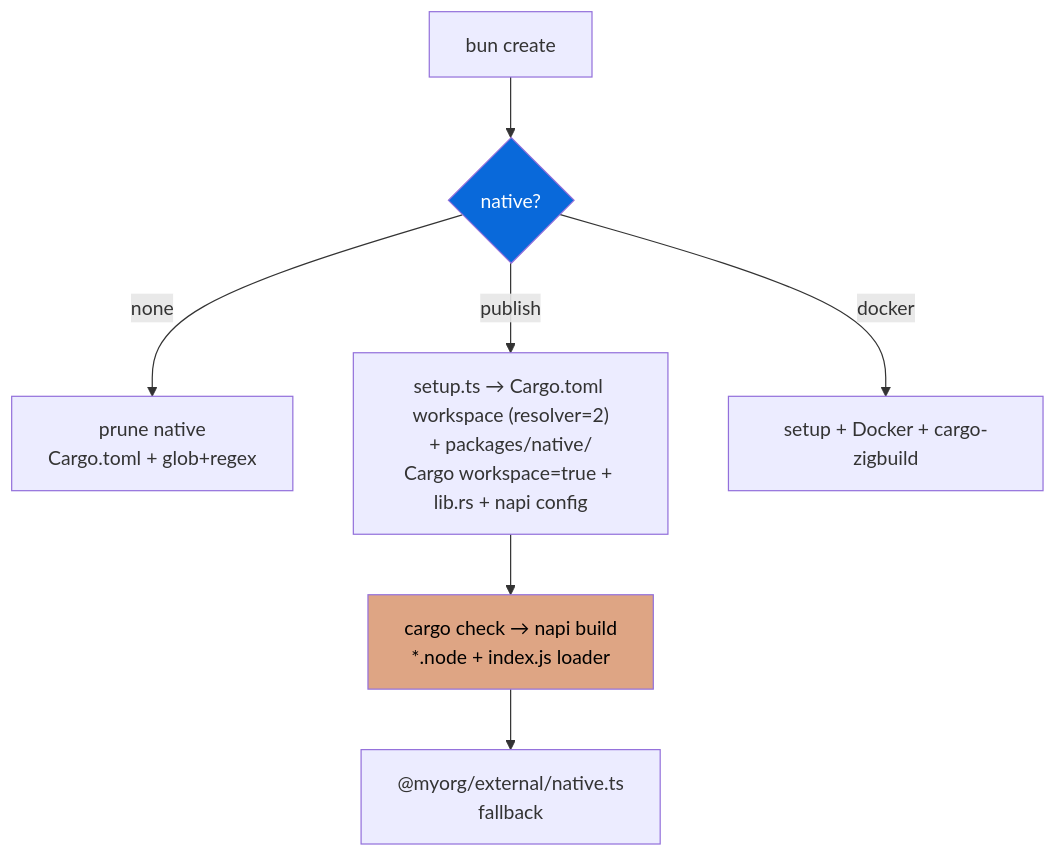
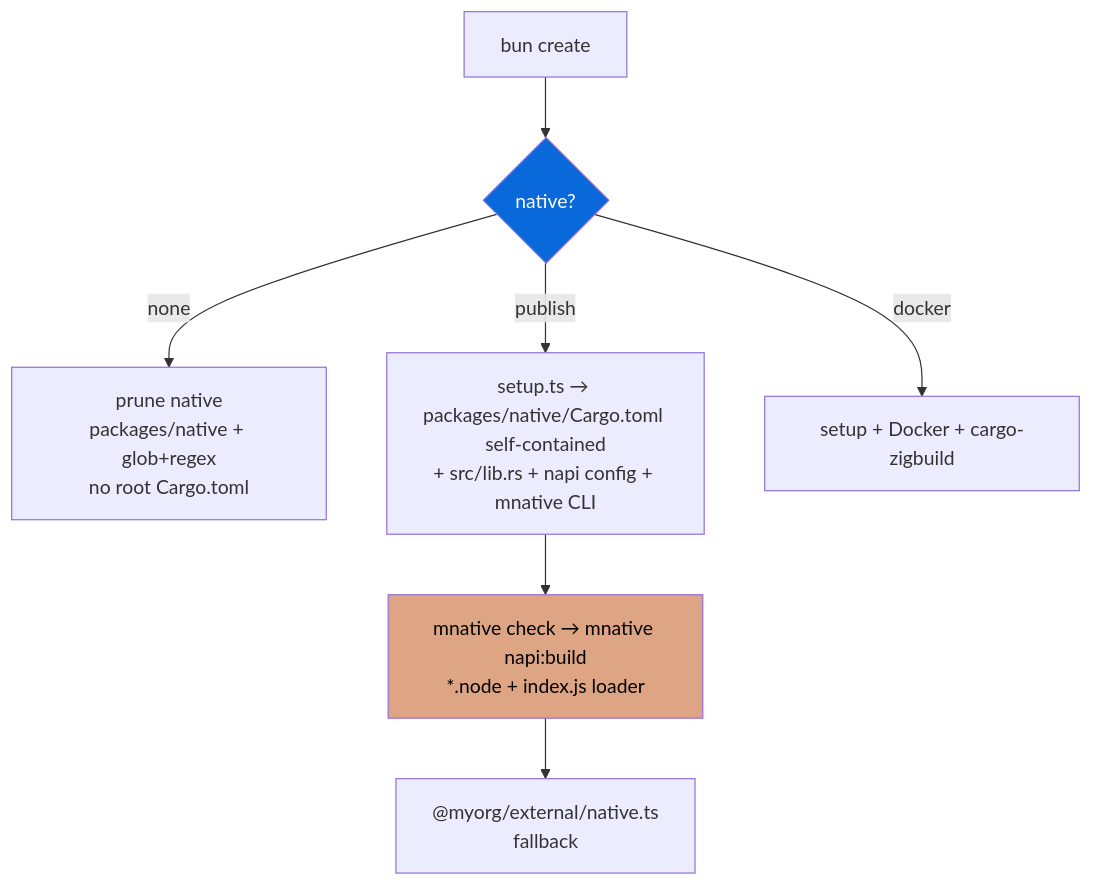
The diagram in configs/native/AGENT.md (Archont561/ts-monorepo-template), drawn with Mermaid before and after one commit. The commit also changed other lines of this file and 20 other files, not shown here.

````diff
--- a/configs/native/AGENT.md
+++ b/configs/native/AGENT.md
@@ -22,11 +23,11 @@
 ```mermaid
 graph TD
     A[bun create] --> B{native?}
-    B -->|none| C["prune native<br/>Cargo.toml + glob+regex"]
-    B -->|publish| D["setup.ts → Cargo.toml workspace (resolver=2)<br/>+ packages/native/<br/>Cargo workspace=true + lib.rs + napi config"]
+    B -->|none| C["prune native<br/>packages/native + glob+regex<br/>no root Cargo.toml"]
+    B -->|publish| D["setup.ts → packages/native/Cargo.toml self-contained<br/>+ src/lib.rs + napi config + mnative CLI"]
     B -->|docker| E["setup + Docker + cargo-zigbuild"]
-    D --> F["cargo check → napi build<br/>*.node + index.js loader"]
+    D --> F["mnative check → mnative napi:build<br/>*.node + index.js loader"]
     F --> G["@myorg/external/native.ts<br/>fallback"]
     style B fill:#0969DA,color:#fff
     style F fill:#dea584,color:#000
 ```
````
